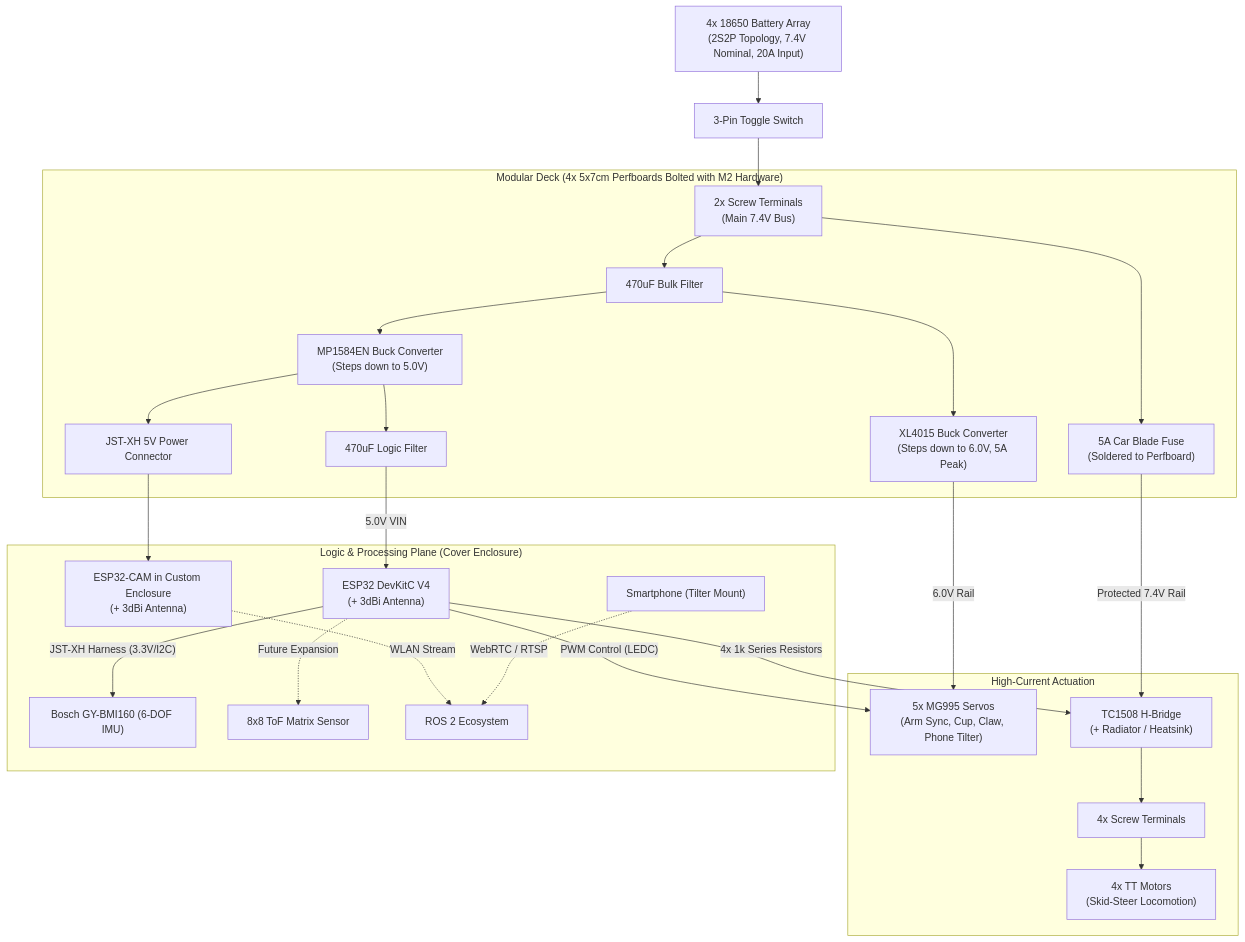
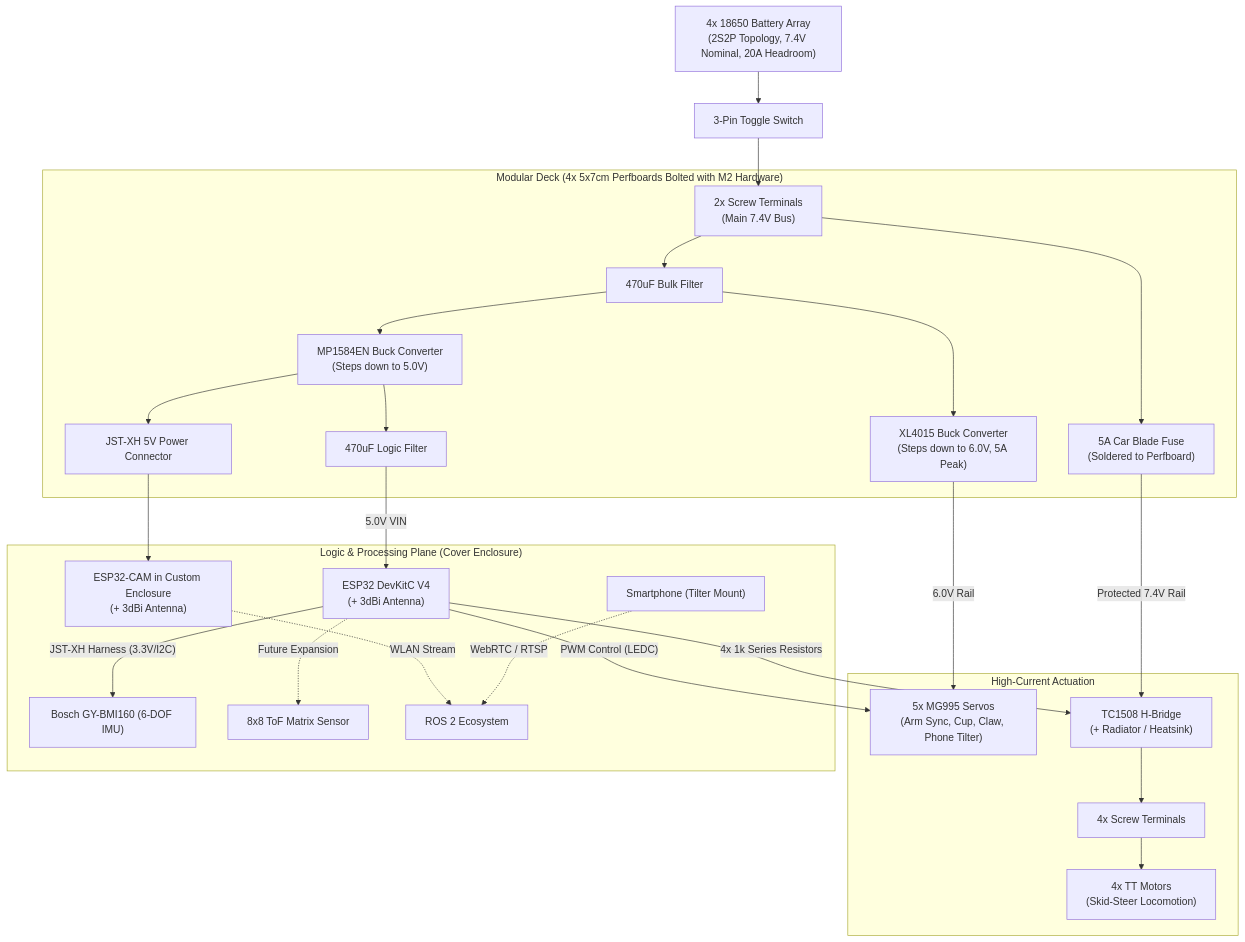
The diagram in README.md (Mihaii2/claw_bulldozer_ws), drawn with Mermaid before and after one commit. The commit also changed other lines of this file, not shown here.

````diff
--- a/README.md
+++ b/README.md
@@ -180,32 +180,32 @@
 ```mermaid
 graph TD
-    Batt["4x 18650 Battery Array<br/>(2S2P Topology, 7.4V Nominal, 20A Input)"] --> Switch["3-Pin Toggle Switch"]
+    Batt["4x 18650 Battery Array<br/>(2S2P Topology, 7.4V Nominal, 20A Headroom)"] --> Switch["3-Pin Toggle Switch"]
     Switch --> ScrewBatt["2x Screw Terminals<br/>(Main 7.4V Bus)"]
     
     subgraph PowerDistribution["Modular Deck (4x 5x7cm Perfboards Bolted with M2 Hardware)"]
         ScrewBatt --> Cap1["470uF Bulk Filter"]
         Cap1 --> XL4015["XL4015 Buck Converter<br/>(Steps down to 6.0V, 5A Peak)"]
         Cap1 --> MP1584["MP1584EN Buck Converter<br/>(Steps down to 5.0V)"]
         ScrewBatt --> Fuse["5A Car Blade Fuse<br/>(Soldered to Perfboard)"]
         MP1584 --> Cap2["470uF Logic Filter"]
         MP1584 --> JST_Cam["JST-XH 5V Power Connector"]
     end
 
     subgraph Actuators["High-Current Actuation"]
         XL4015 -->|"6.0V Rail"| Servos["5x MG995 Servos<br/>(Arm Sync, Cup, Claw, Phone Tilter)"]
         Fuse -->|"Protected 7.4V Rail"| TC1508["TC1508 H-Bridge<br/>(+ Radiator / Heatsink)"]
         TC1508 --> ScrewMotors["4x Screw Terminals"]
         ScrewMotors --> TT_Motors["4x TT Motors<br/>(Skid-Steer Locomotion)"]
     end
 
     subgraph LogicAndSensors["Logic & Processing Plane (Cover Enclosure)"]
         Cap2 -->|"5.0V VIN"| ESP32["ESP32 DevKitC V4<br/>(+ 3dBi Antenna)"]
         ESP32 -->|"JST-XH Harness (3.3V/I2C)"| BMI160["Bosch GY-BMI160 (6-DOF IMU)"]
         ESP32 -->|"PWM Control (LEDC)"| Servos
         ESP32 -->|"4x 1k Series Resistors"| TC1508
         ESP32 -.->|"Future Expansion"| ToF["8x8 ToF Matrix Sensor"]
         JST_Cam --> ESP32Cam["ESP32-CAM in Custom Enclosure<br/>(+ 3dBi Antenna)"]
         ESP32Cam -.->|"WLAN Stream"| ROS2["ROS 2 Ecosystem"]
         Phone["Smartphone (Tilter Mount)"] -.->|"WebRTC / RTSP"| ROS2
     end
 ```
````
